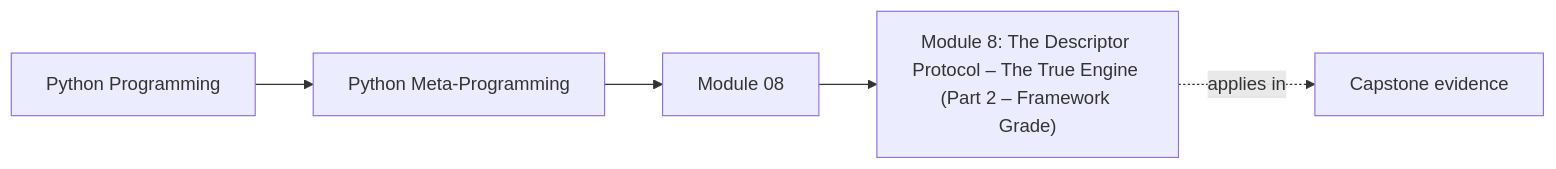
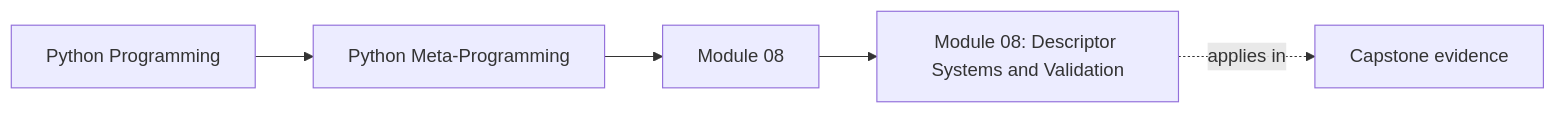
The first of 3 diagrams in programs/python-programming/python-meta-programming/course-book/module-08-descriptor-systems-and-validation/index.md (bijux/bijux-masterclass), drawn with Mermaid before and after one commit. The commit also changed other lines of this file and 11 other files, not shown here.

````diff
--- a/programs/python-programming/python-meta-programming/course-book/module-08-descriptor-systems-and-validation/index.md
+++ b/programs/python-programming/python-meta-programming/course-book/module-08-descriptor-systems-and-validation/index.md
@@ -8,11 +8,11 @@
 ```mermaid
 graph LR
   family["Python Programming"]
   program["Python Meta-Programming"]
   section["Module 08"]
-  page["Module 8: The Descriptor Protocol – The True Engine (Part 2 – Framework Grade)"]
+  page["Module 08: Descriptor Systems and Validation"]
   capstone["Capstone evidence"]
 
   family --> program --> section --> page
   page -.applies in.-> capstone
 ```
````
